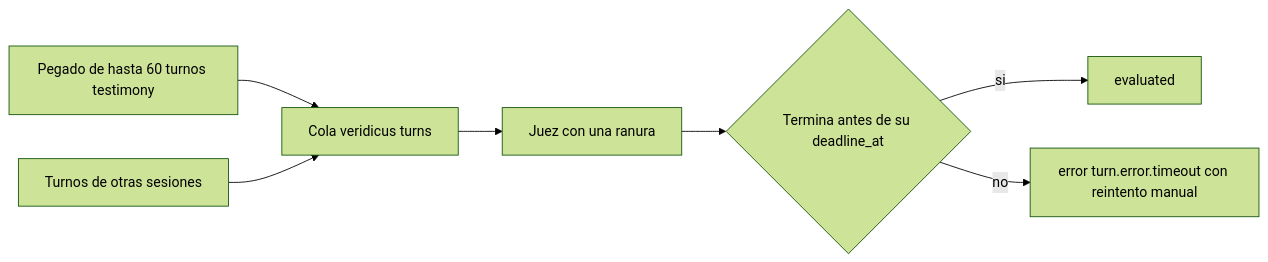
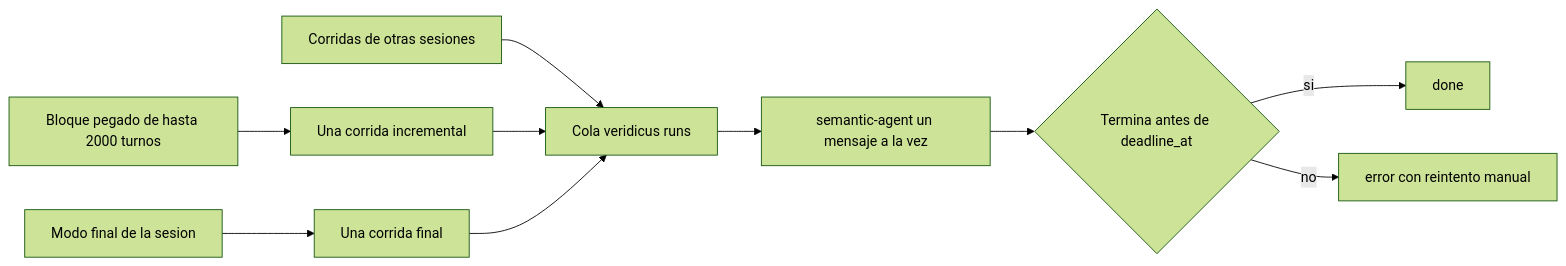
Before and after one commit to freyesJaveriana/tai: the diagram in aidlc/spaces/default/intents/261002-veridicus-mvp/construction/session-lifecycle/nfr-design/scalability-design.md, drawn with Mermaid (forest theme). The commit also changed other lines of this file and 10 other files, not shown here.

````diff
--- a/aidlc/spaces/default/intents/261002-veridicus-mvp/construction/session-lifecycle/nfr-design/scalability-design.md
+++ b/aidlc/spaces/default/intents/261002-veridicus-mvp/construction/session-lifecycle/nfr-design/scalability-design.md
@@ -38,9 +42,12 @@
 ```mermaid
 flowchart LR
-  P[Pegado de hasta 60 turnos testimony] --> Q[Cola veridicus turns]
-  O[Turnos de otras sesiones] --> Q
-  Q --> J[Juez con una ranura]
-  J --> D{Termina antes de su deadline_at}
-  D -- si --> E[evaluated]
-  D -- no --> X[error turn.error.timeout con reintento manual]
+  P[Bloque pegado de hasta 2000 turnos] --> R[Una corrida incremental]
+  F[Modo final de la sesion] --> R2[Una corrida final]
+  O[Corridas de otras sesiones] --> Q[Cola veridicus runs]
+  R --> Q
+  R2 --> Q
+  Q --> W[semantic-agent un mensaje a la vez]
+  W --> D{Termina antes de deadline_at}
+  D -- si --> E[done]
+  D -- no --> X[error con reintento manual]
 ```
````
